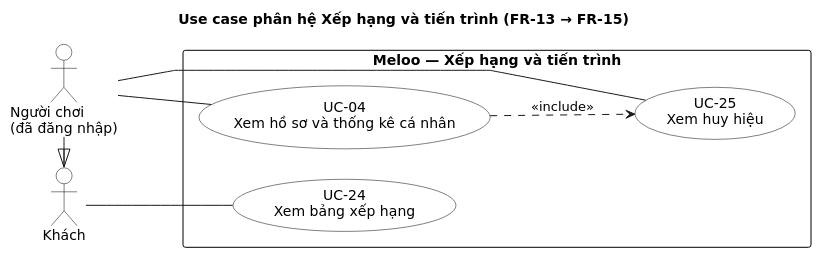
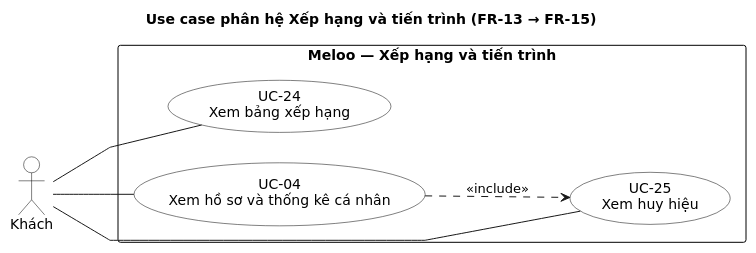
The diagram in docs/uml/usecase/uc-04-xep-hang.puml (ThaiDevv/meloo), drawn with PlantUML before and after one commit. The commit also changed 12 other files, not shown here.

```diff
--- a/docs/uml/usecase/uc-04-xep-hang.puml
+++ b/docs/uml/usecase/uc-04-xep-hang.puml
@@ -1,34 +1,32 @@
 @startuml uc-04-xep-hang
 title Use case phân hệ Xếp hạng và tiến trình (FR-13 → FR-15)
 left to right direction
 skinparam shadowing false
 skinparam linetype polyline
 skinparam nodesep 30
 skinparam ranksep 80
 skinparam defaultFontName DejaVu Sans
 skinparam usecase {
   BackgroundColor white
   BorderColor black
 }
 skinparam actor {
   BackgroundColor white
   BorderColor black
 }
 skinparam rectangle {
   BackgroundColor white
   BorderColor black
 }
 
 actor "Khách" as Khach
-actor "Người chơi\n(đã đăng nhập)" as NguoiChoi
-NguoiChoi -|> Khach
 rectangle "**Meloo — Xếp hạng và tiến trình**" {
   usecase "UC-24\nXem bảng xếp hạng" as UC24
   usecase "UC-04\nXem hồ sơ và thống kê cá nhân" as UC04
   usecase "UC-25\nXem huy hiệu" as UC25
 }
 Khach -- UC24
-NguoiChoi -- UC04
-NguoiChoi -- UC25
+Khach -- UC04
+Khach -- UC25
 UC04 ..> UC25 : <<include>>
 @enduml
```
